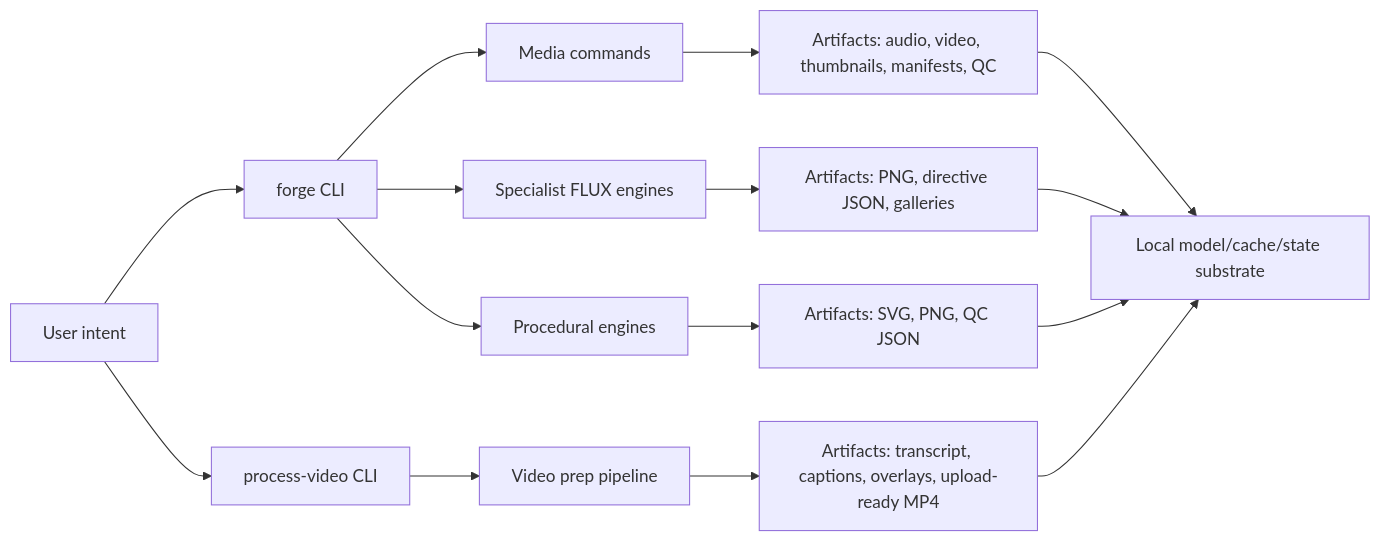
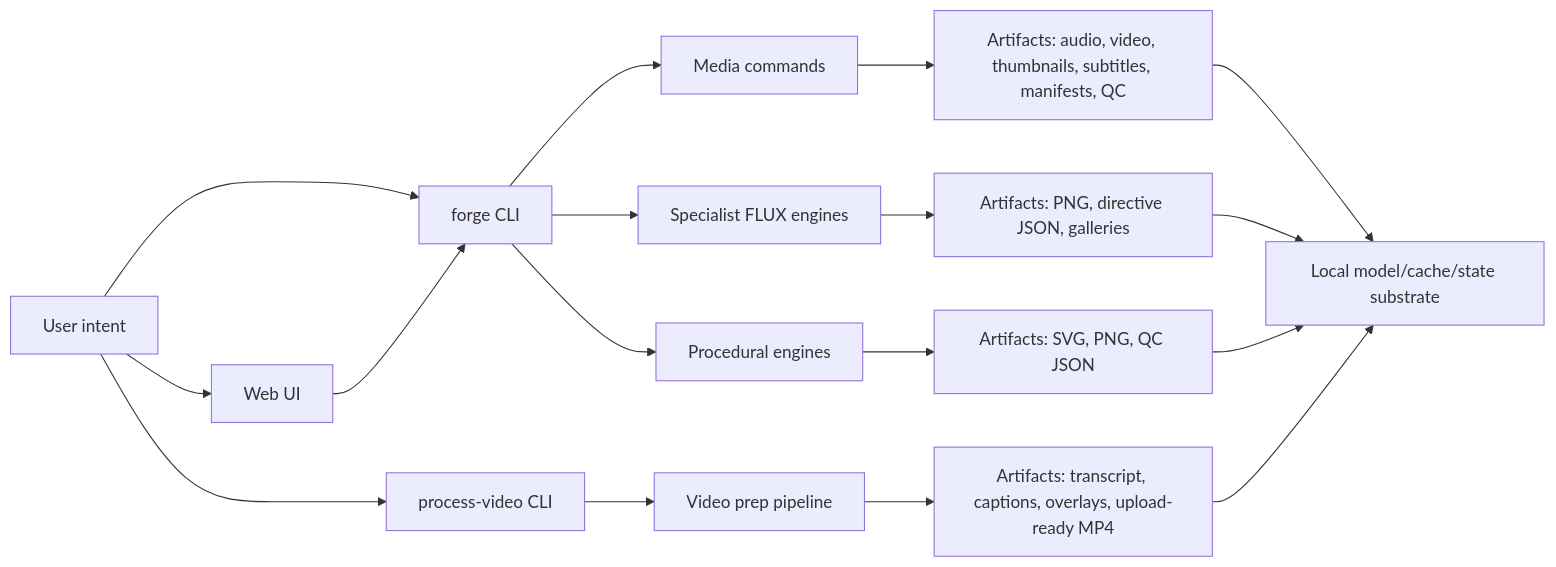
The first of 2 diagrams in docs/INDEX.md (tommyvercetti76/Forge), drawn with Mermaid before and after one commit. The commit also changed other lines of this file and 19 other files, not shown here.

````diff
--- a/docs/INDEX.md
+++ b/docs/INDEX.md
@@ -21,20 +24,22 @@
 ```mermaid
 flowchart LR
-  U["User intent"] --> F["forge CLI"]
+  U["User intent"] --> W["Web UI"]
+  U --> C["forge CLI"]
   U --> PV["process-video CLI"]
 
-  F --> M["Media commands"]
-  F --> E["Specialist FLUX engines"]
-  F --> P["Procedural engines"]
+  W --> C
+  C --> M["Media commands"]
+  C --> E["Specialist FLUX engines"]
+  C --> P["Procedural engines"]
   PV --> V["Video prep pipeline"]
 
-  M --> A["Artifacts: audio, video, thumbnails, manifests, QC"]
+  M --> A["Artifacts: audio, video, thumbnails, subtitles, manifests, QC"]
   E --> I["Artifacts: PNG, directive JSON, galleries"]
   P --> G["Artifacts: SVG, PNG, QC JSON"]
   V --> B["Artifacts: transcript, captions, overlays, upload-ready MP4"]
 
   A --> S["Local model/cache/state substrate"]
   I --> S
   G --> S
   B --> S
 ```
````
